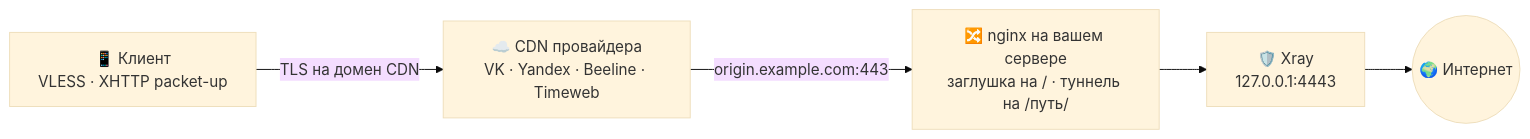
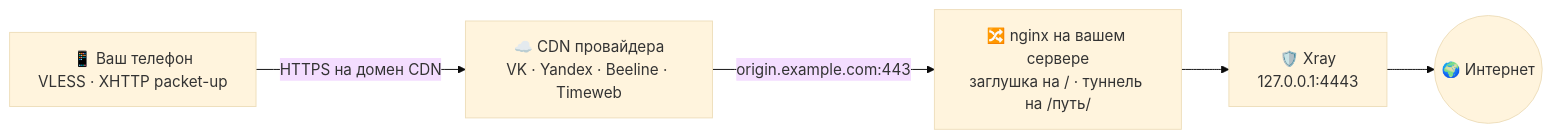
Before and after one commit to CraftStick/node-installer-cdn: the diagram in README.md, drawn with Mermaid (base theme). The commit also changed other lines of this file, not shown here.

````diff
--- a/README.md
+++ b/README.md
@@ -58,12 +74,12 @@
 ```mermaid
 flowchart LR
-    C["📱 Клиент<br/>VLESS · XHTTP packet-up"]
+    C["📱 Ваш телефон<br/>VLESS · XHTTP packet-up"]
     CDN["☁️ CDN провайдера<br/>VK · Yandex · Beeline · Timeweb"]
     N["🔀 nginx на вашем сервере<br/>заглушка на / · туннель на /путь/"]
     X["🛡️ Xray<br/>127.0.0.1:4443"]
     I(("🌍 Интернет"))
 
-    C -->|"TLS на домен CDN"| CDN
+    C -->|"HTTPS на домен CDN"| CDN
     CDN -->|"origin.example.com:443"| N
     N --> X --> I
 ```
````
